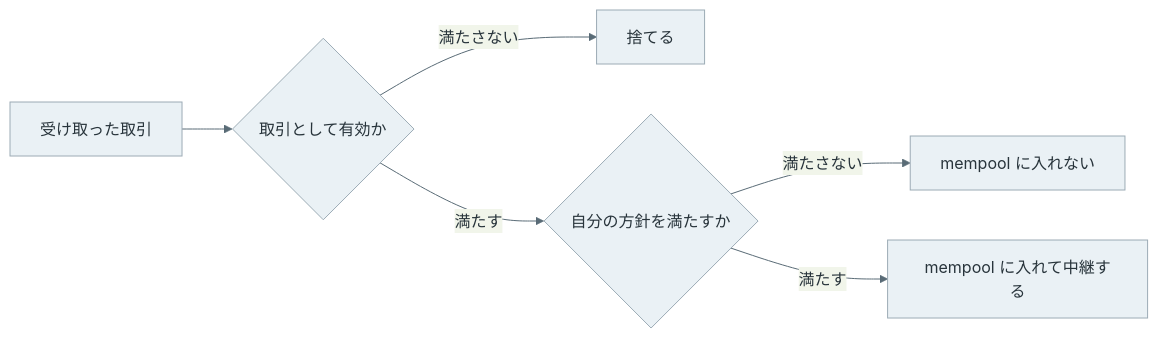
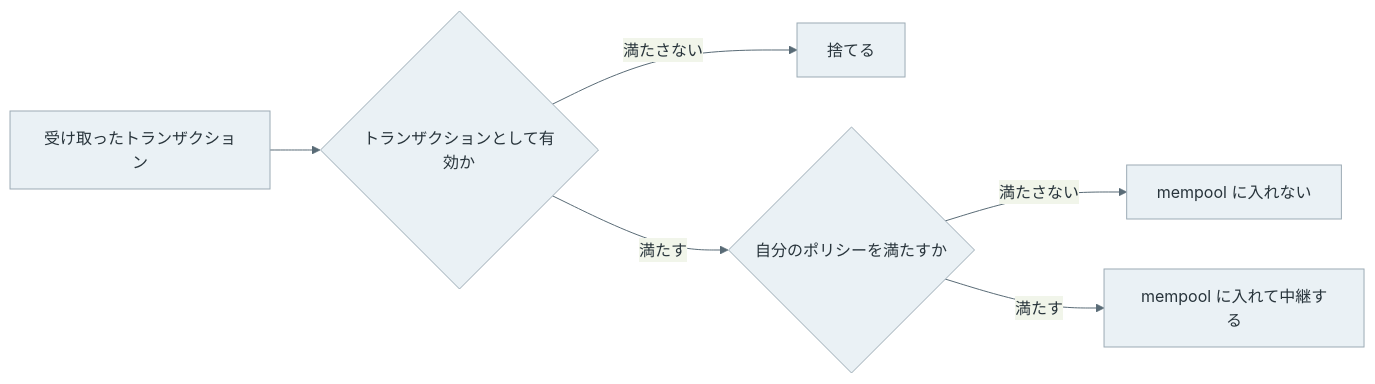
Before and after one commit to nao1215/debimate: the first of 3 diagrams in content/notes/blockchain-systems/mempool/index.md, drawn with Mermaid. The commit also changed other lines of this file and 129 other files, not shown here.

````diff
--- a/content/notes/blockchain-systems/mempool/index.md
+++ b/content/notes/blockchain-systems/mempool/index.md
@@ -46,10 +46,10 @@
 ```mermaid
 %%{init: {"theme":"base","themeVariables":{"primaryColor":"#eaf1f5","primaryTextColor":"#28343b","primaryBorderColor":"#9cabb5","lineColor":"#596b76","textColor":"#28343b","actorBkg":"#eaf1f5","actorBorder":"#9cabb5","actorTextColor":"#28343b","actorLineColor":"#9cabb5","signalColor":"#596b76","signalTextColor":"#28343b","noteBkgColor":"#f7f1e5","noteBorderColor":"#c5b99b","noteTextColor":"#403c32","activationBkgColor":"#edf3ef","activationBorderColor":"#9aafa1"}}}%%
 flowchart LR
-    T["受け取った取引"] --> V{"取引として有効か"}
+    T["受け取ったトランザクション"] --> V{"トランザクションとして有効か"}
     V -->|"満たさない"| D1["捨てる"]
-    V -->|"満たす"| P{"自分の方針を満たすか"}
+    V -->|"満たす"| P{"自分のポリシーを満たすか"}
     P -->|"満たさない"| D2["mempool に入れない"]
     P -->|"満たす"| M["mempool に入れて中継する"]
     classDef default fill:#eaf1f5,stroke:#9cabb5,color:#28343b;
 ```
````
